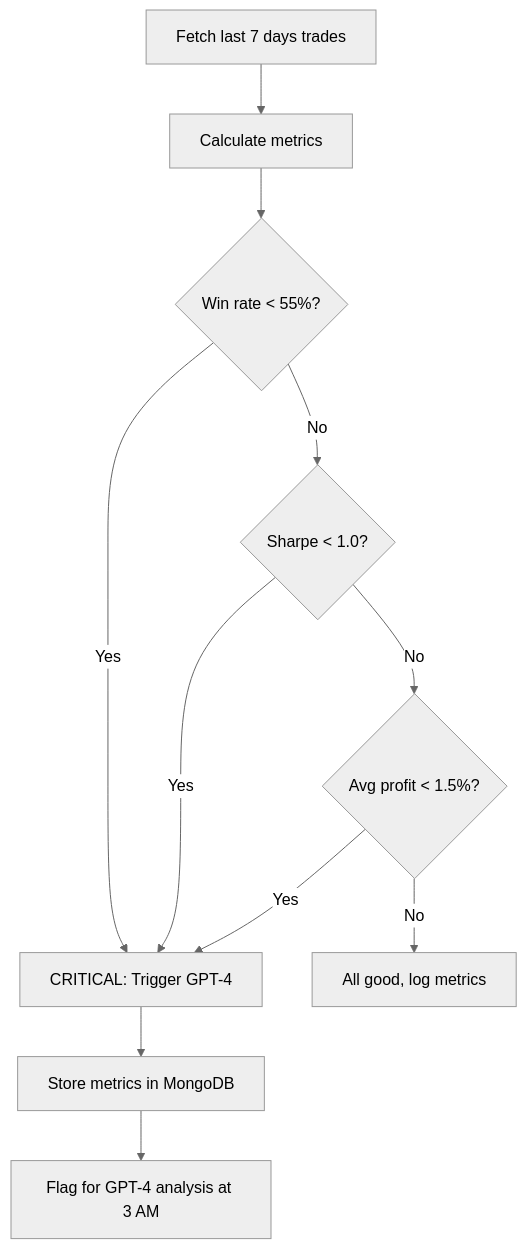
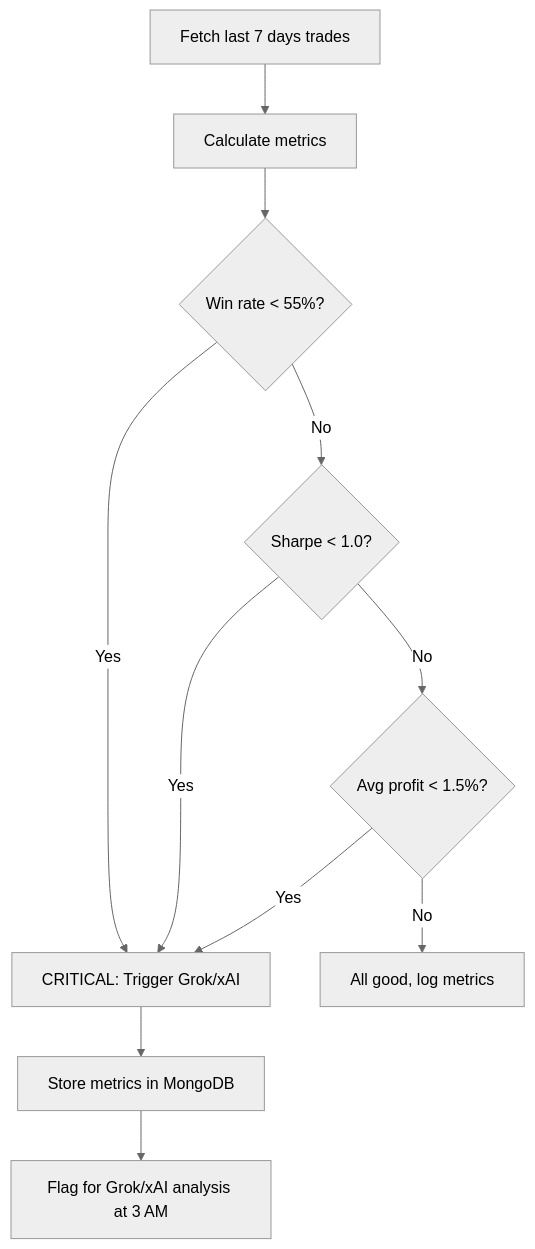
One commit to magic-ai-trading-bot/bot-core changed the third of 6 diagrams in specifications/01-requirements/1.1-functional-requirements/FR-ASYNC-TASKS.md. Above: the diagram before and after it, drawn with Mermaid (neutral theme). The commit also changed other lines of this file and 52 other files, not shown here.

````diff
--- a/specifications/01-requirements/1.1-functional-requirements/FR-ASYNC-TASKS.md
+++ b/specifications/01-requirements/1.1-functional-requirements/FR-ASYNC-TASKS.md
@@ -972,14 +972,14 @@
 ```mermaid
 flowchart TD
     A[Fetch last 7 days trades] --> B[Calculate metrics]
     B --> C{Win rate < 55%?}
-    C -->|Yes| D[CRITICAL: Trigger GPT-4]
+    C -->|Yes| D[CRITICAL: Trigger Grok/xAI]
     C -->|No| E{Sharpe < 1.0?}
     E -->|Yes| D
     E -->|No| F{Avg profit < 1.5%?}
     F -->|Yes| D
     F -->|No| G[All good, log metrics]
 
     D --> H[Store metrics in MongoDB]
-    H --> I[Flag for GPT-4 analysis at 3 AM]
+    H --> I[Flag for Grok/xAI analysis at 3 AM]
 ```
````
